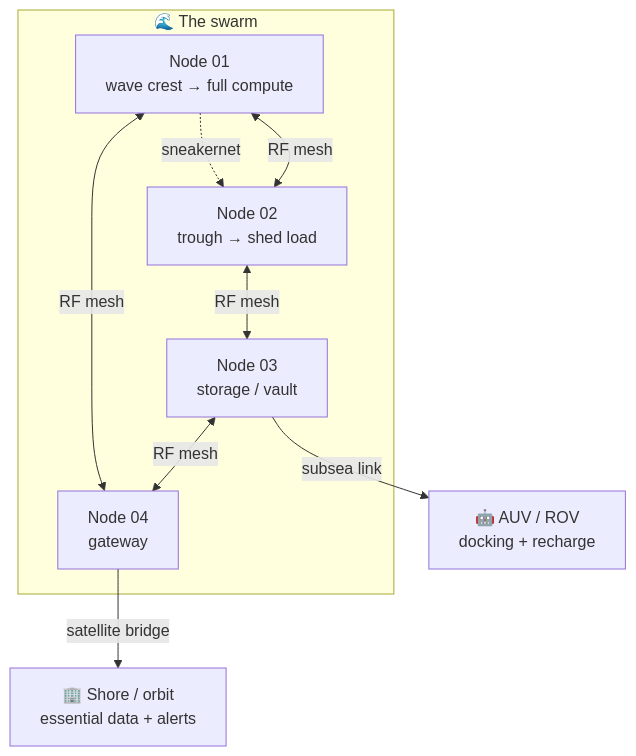
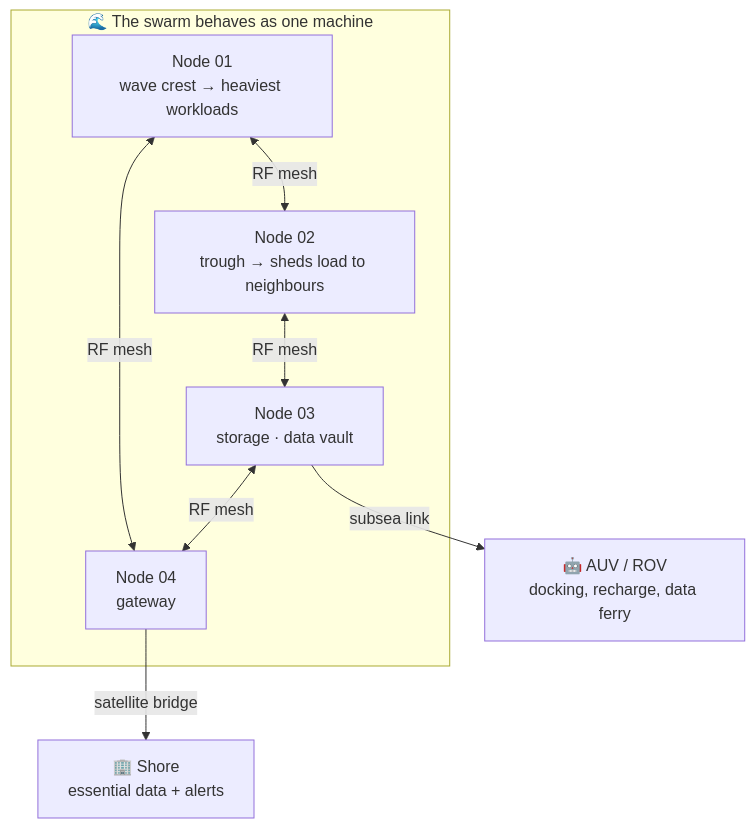
One commit to Origami-WEC/.github changed the second of 3 diagrams in profile/README.md. Above: the diagram before and after it, drawn with Mermaid. The commit also changed other lines of this file, not shown here.

First line of the commit message:
profile: rewrite at vision level — thesis, why now, swarm architecture, open challenges

````diff
--- a/profile/README.md
+++ b/profile/README.md
@@ -80,16 +77,15 @@
 ```mermaid
 graph TB
-    subgraph SWARM["🌊 The swarm"]
-        N1["Node 01<br/>wave crest → full compute"]
-        N2["Node 02<br/>trough → shed load"]
-        N3["Node 03<br/>storage / vault"]
+    subgraph S["🌊 The swarm behaves as one machine"]
+        N1["Node 01<br/>wave crest → heaviest workloads"]
+        N2["Node 02<br/>trough → sheds load to neighbours"]
+        N3["Node 03<br/>storage · data vault"]
         N4["Node 04<br/>gateway"]
         N1 <-->|RF mesh| N2
         N2 <-->|RF mesh| N3
         N3 <-->|RF mesh| N4
         N4 <-->|RF mesh| N1
     end
-    N4 -->|satellite bridge| SHORE["🏢 Shore / orbit<br/>essential data + alerts"]
-    N3 -->|subsea link| AUV["🤖 AUV / ROV<br/>docking + recharge"]
-    N1 -.->|sneakernet| N2
+    N4 -->|satellite bridge| SHORE["🏢 Shore<br/>essential data + alerts"]
+    N3 -->|subsea link| AUV["🤖 AUV / ROV<br/>docking, recharge, data ferry"]
 ```
````
